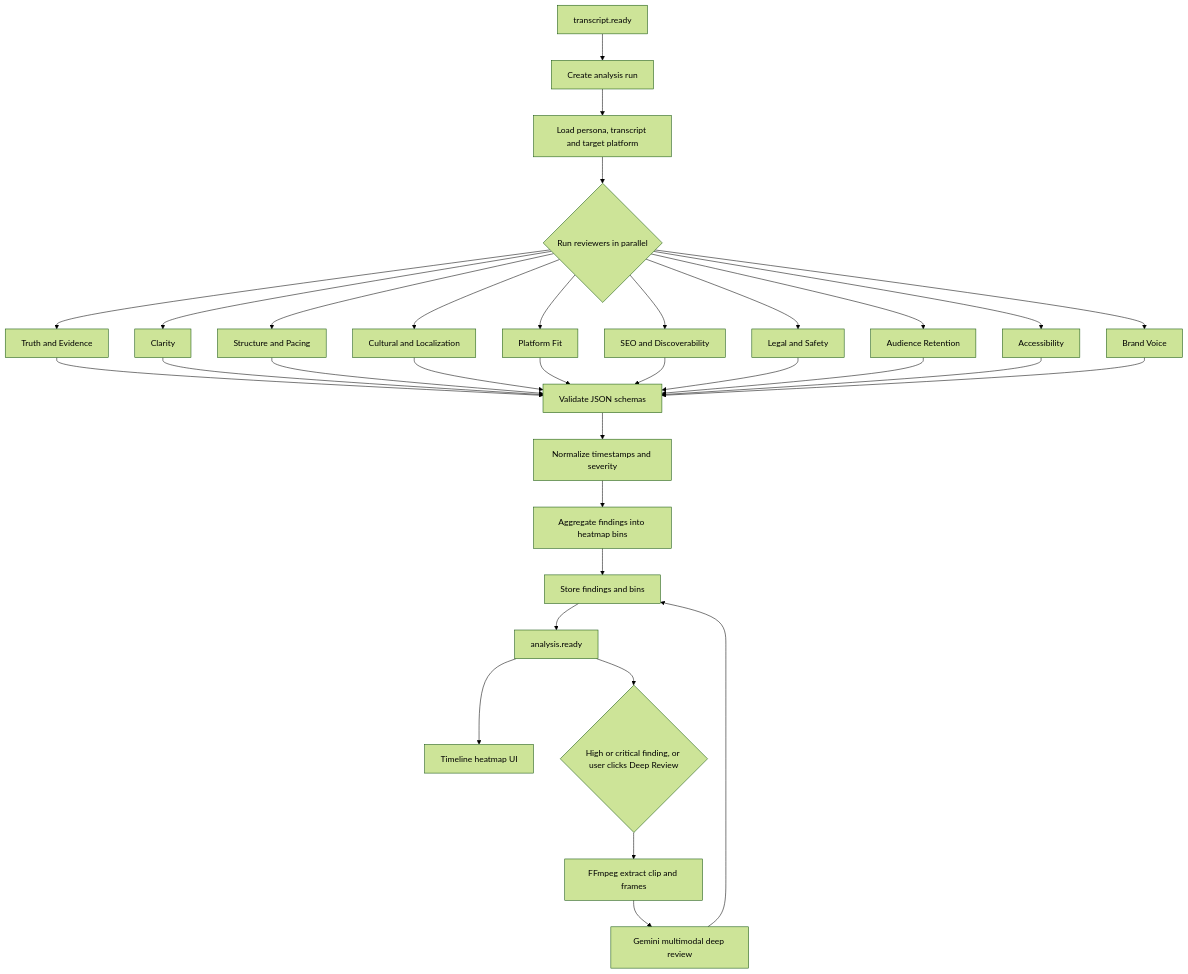
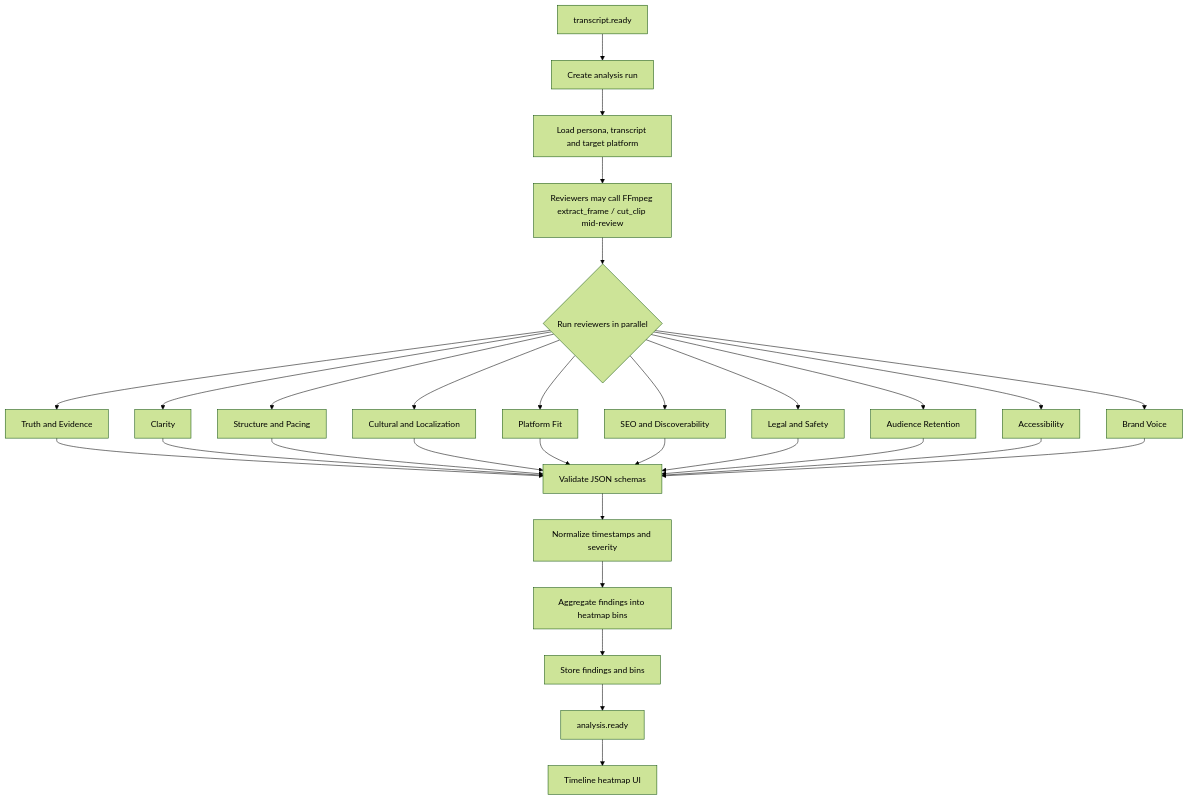
The sixth of 16 diagrams in docs/technical-design/diagrams.md (Saad-Surve/aibuildercup), drawn with Mermaid (forest theme) before and after one commit. The commit also changed other lines of this file and 9 other files, not shown here.

First line of the commit message:
docs: fold deep review into the main multi-reviewer analysis

```diff
--- a/docs/technical-design/diagrams.md
+++ b/docs/technical-design/diagrams.md
@@ -152,35 +152,32 @@
 ~~~mermaid
 flowchart TD
     A[transcript.ready] --> B[Create analysis run]
     B --> C[Load persona, transcript and target platform]
-    C --> D{Run reviewers in parallel}
+    C --> C2[Reviewers may call FFmpeg extract_frame / cut_clip mid-review]
+    C2 --> D{Run reviewers in parallel}
     D --> T[Truth and Evidence]
     D --> CL[Clarity]
     D --> ST[Structure and Pacing]
     D --> CU[Cultural and Localization]
     D --> PL[Platform Fit]
     D --> SEO[SEO and Discoverability]
     D --> LS[Legal and Safety]
     D --> AR[Audience Retention]
     D --> AC[Accessibility]
     D --> BV[Brand Voice]
     T --> V[Validate JSON schemas]
     CL --> V
     ST --> V
     CU --> V
     PL --> V
     SEO --> V
     LS --> V
     AR --> V
     AC --> V
     BV --> V
     V --> N[Normalize timestamps and severity]
     N --> H[Aggregate findings into heatmap bins]
     H --> S[Store findings and bins]
     S --> R[analysis.ready]
     R --> UI[Timeline heatmap UI]
-    R --> Q{High or critical finding, or user clicks Deep Review}
-    Q --> M[FFmpeg extract clip and frames]
-    M --> V2[Gemini multimodal deep review]
-    V2 --> S
 ~~~
```
